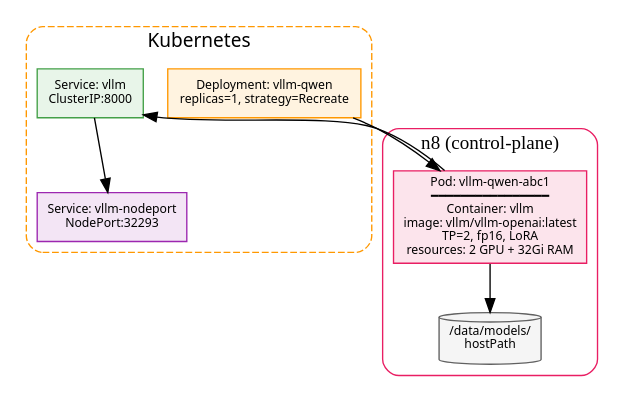
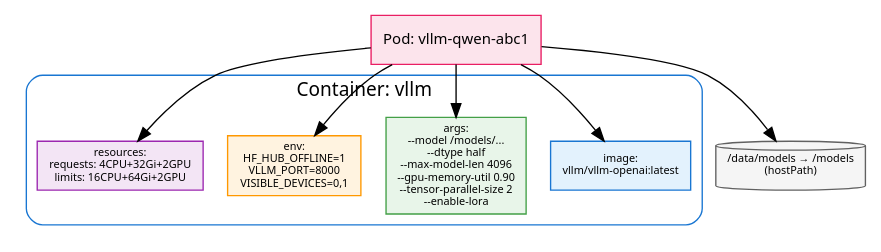
The tenth of 21 diagrams in docs/training-manual/02-part2-deployment.md (dedvmedved-dot/aither-project), drawn with Graphviz before and after one commit. The commit also changed other lines of this file, not shown here.

First line of the commit message:
fix: Часть II — строгое соответствие TOC. 70 KB, 18 DOT-схем, 20+ таблиц

````diff
--- a/docs/training-manual/02-part2-deployment.md
+++ b/docs/training-manual/02-part2-deployment.md
@@ -1086,31 +868,29 @@
 ```dot
-digraph VLLM14Deploy {
+digraph VLLM14Pod {
     rankdir=TB
     bgcolor="#ffffff"
-    node [fontname="system-ui", fontsize=9]
+    node [fontname="system-ui", fontsize=8]
 
-    subgraph cluster_k8s {
-        label="Kubernetes"
-        style="rounded,dashed"
-        color="#ff9800"
+    pod [label="Pod: vllm-qwen-abc1", shape=box, style="filled", fillcolor="#fce4ec", color="#e91e63", fontsize=11]
+
+    subgraph cluster_container {
+        label="Container: vllm"
+        style="rounded"
+        color="#1976d2"
         fontname="system-ui"
 
-        deploy [label="Deployment: vllm-qwen\nreplicas=1, strategy=Recreate", shape=box, style="filled", fillcolor="#fff3e0", color="#ff9800"]
-        svc_cluster [label="Service: vllm\nClusterIP:8000", shape=box, style="filled", fillcolor="#e8f5e9", color="#43a047"]
-        svc_node [label="Service: vllm-nodeport\nNodePort:32293", shape=box, style="filled", fillcolor="#f3e5f5", color="#9c27b0"]
+        img [label="image:\nvllm/vllm-openai:latest", shape=box, style="filled", fillcolor="#e3f2fd", color="#1976d2"]
+        args [label="args:\n--model /models/...\n--dtype half\n--max-model-len 4096\n--gpu-memory-util 0.90\n--tensor-parallel-size 2\n--enable-lora", shape=box, style="filled", fillcolor="#e8f5e9", color="#43a047"]
+        env [label="env:\nHF_HUB_OFFLINE=1\nVLLM_PORT=8000\nVISIBLE_DEVICES=0,1", shape=box, style="filled", fillcolor="#fff3e0", color="#ff9800"]
+        res [label="resources:\nrequests: 4CPU+32Gi+2GPU\nlimits: 16CPU+64Gi+2GPU", shape=box, style="filled", fillcolor="#f3e5f5", color="#9c27b0"]
     }
 
-    subgraph cluster_n8 {
-        label="n8 (control-plane)"
-        style="rounded"
-        color="#e91e63"
+    vol [label="/data/models → /models\n(hostPath)", shape=cylinder, style="filled", fillcolor="#f5f5f5", color="#616161"]
 
-        pod [label="Pod: vllm-qwen-abc1\n━━━━━━━━━━━━━━━━\nContainer: vllm\nimage: vllm/vllm-openai:latest\nTP=2, fp16, LoRA\nresources: 2 GPU + 32Gi RAM", shape=box, style="filled", fillcolor="#fce4ec", color="#e91e63"]
-        disk [label="/data/models/\nhostPath", shape=cylinder, style="filled", fillcolor="#f5f5f5", color="#616161"]
-    }
-
-    deploy -> pod
-    pod -> svc_cluster -> svc_node
-    pod -> disk
+    pod -> img
+    pod -> args
+    pod -> env
+    pod -> res
+    pod -> vol
 }
 ```
````
